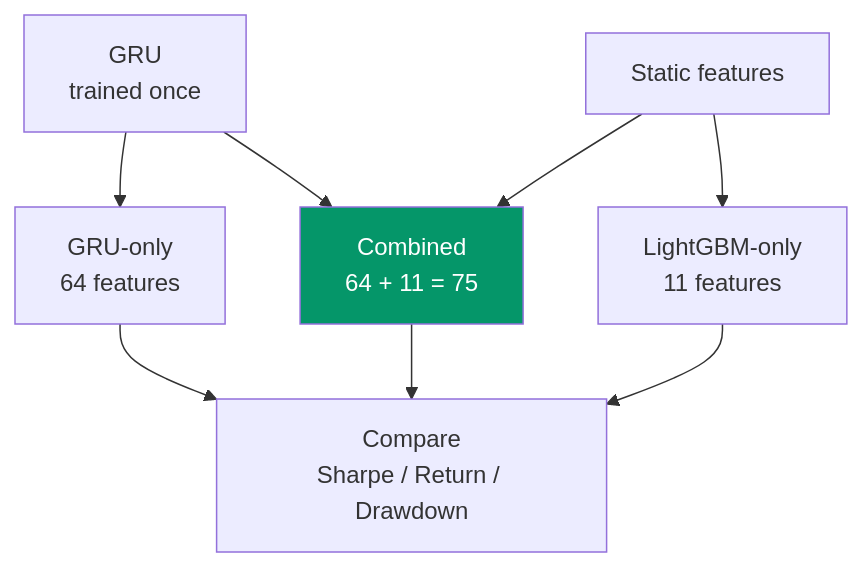
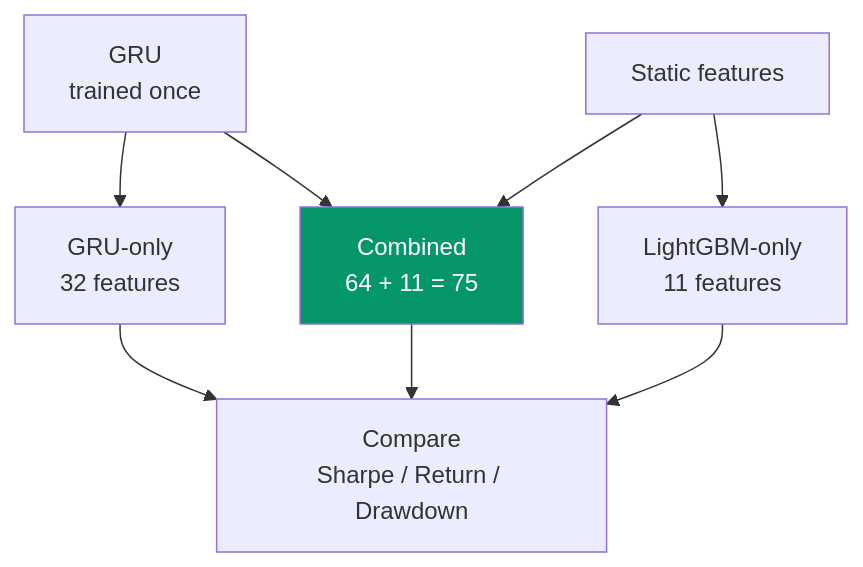
The second of 2 diagrams in docs/EVALUATION.md (ultimateBroK/thesis-hybrid-stacking), drawn with Mermaid before and after one commit. The commit also changed other lines of this file and 25 other files, not shown here.

````diff
--- a/docs/EVALUATION.md
+++ b/docs/EVALUATION.md
@@ -217,13 +217,13 @@
 ```mermaid
 flowchart TD
-    GRU["GRU<br/>trained once"] --> A["GRU-only<br/>64 features"]
+    GRU["GRU<br/>trained once"] --> A["GRU-only<br/>32 features"]
     GRU --> B["Combined<br/>64 + 11 = 75"]
     STATIC["Static features"] --> C["LightGBM-only<br/>11 features"]
     STATIC --> B
 
     A --> CMP["Compare<br/>Sharpe / Return / Drawdown"]
     B --> CMP
     C --> CMP
 
     style B fill:#059669,color:#fff
 ```
````
